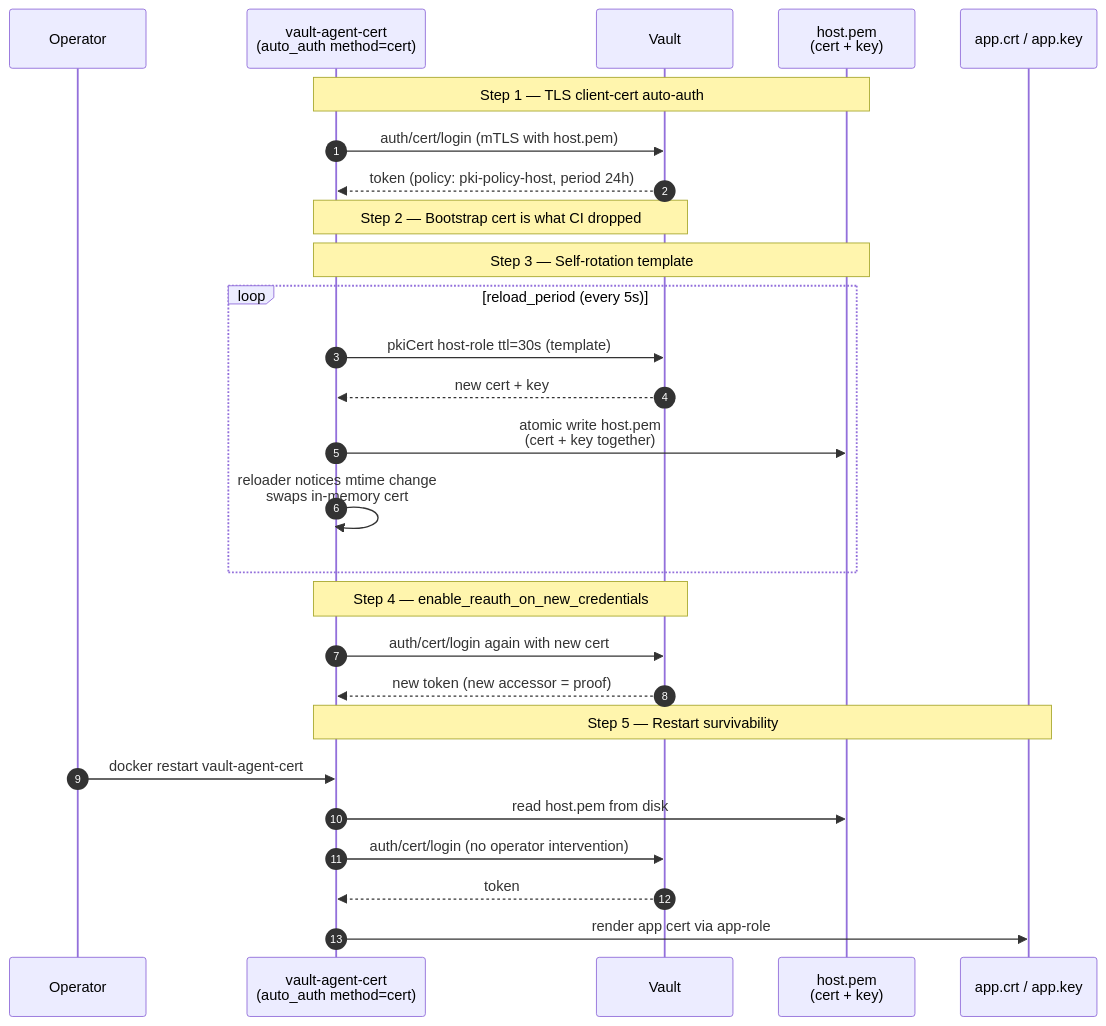
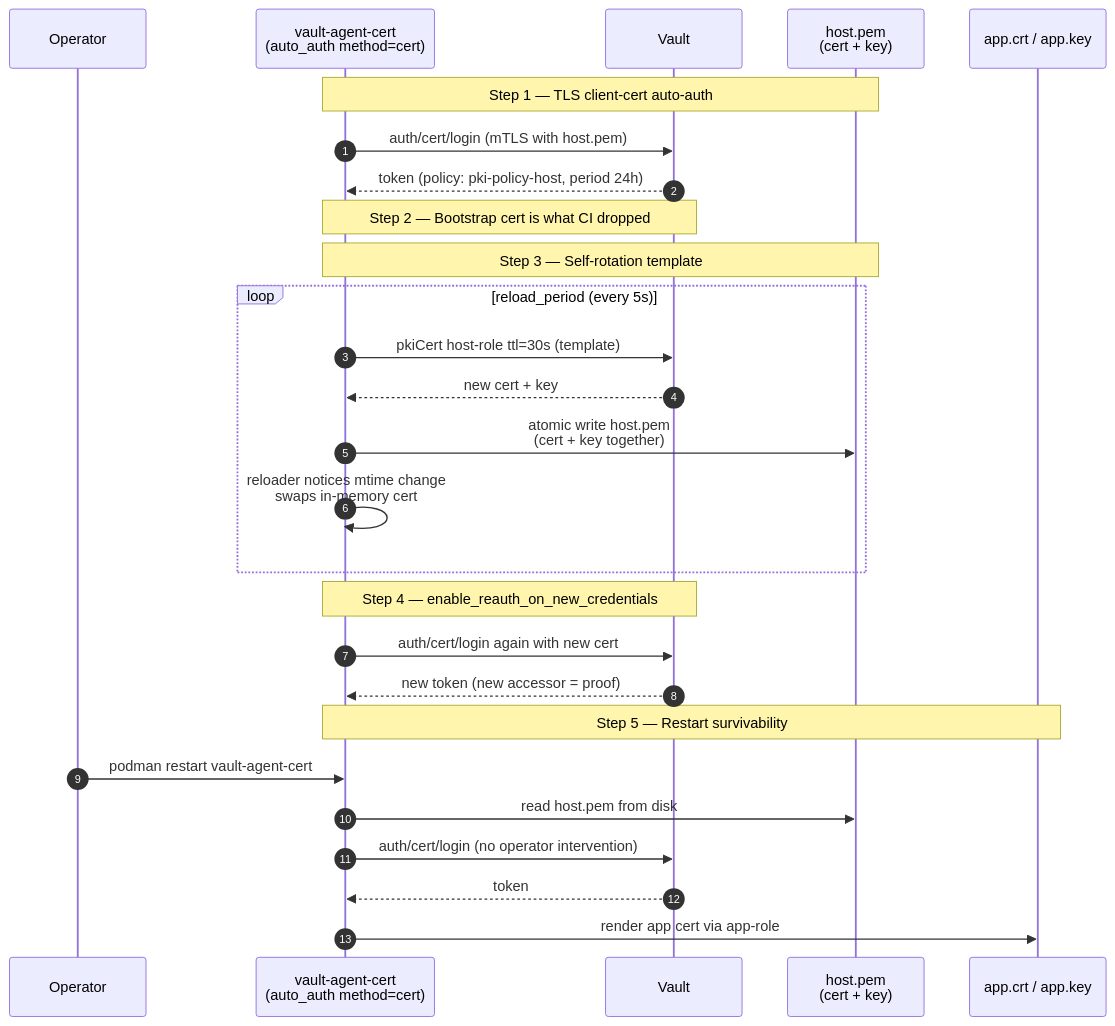
Before and after one commit to songlining/pki: the fourth of 6 diagrams in docs/demos.md, drawn with Mermaid. The commit also changed other lines of this file and 20 other files, not shown here.

First line of the commit message:
Migrate demo from Docker Desktop to Podman (Podman Desktop)

````diff
--- a/docs/demos.md
+++ b/docs/demos.md
@@ -138,34 +138,34 @@
 ```mermaid
 sequenceDiagram
     autonumber
     participant Op as Operator
     participant Agent as vault-agent-cert<br/>(auto_auth method=cert)
     participant Vault
     participant Bundle as host.pem<br/>(cert + key)
     participant App as app.crt / app.key
 
     Note over Agent,Bundle: Step 1 — TLS client-cert auto-auth
     Agent->>Vault: auth/cert/login (mTLS with host.pem)
     Vault-->>Agent: token (policy: pki-policy-host, period 24h)
 
     Note over Agent,Vault: Step 2 — Bootstrap cert is what CI dropped
 
     Note over Agent,Bundle: Step 3 — Self-rotation template
     loop reload_period (every 5s)
         Agent->>Vault: pkiCert host-role ttl=30s (template)
         Vault-->>Agent: new cert + key
         Agent->>Bundle: atomic write host.pem<br/>(cert + key together)
         Agent->>Agent: reloader notices mtime change<br/>swaps in-memory cert
     end
 
     Note over Agent,Vault: Step 4 — enable_reauth_on_new_credentials
     Agent->>Vault: auth/cert/login again with new cert
     Vault-->>Agent: new token (new accessor = proof)
 
     Note over Agent,App: Step 5 — Restart survivability
-    Op->>Agent: docker restart vault-agent-cert
+    Op->>Agent: podman restart vault-agent-cert
     Agent->>Bundle: read host.pem from disk
     Agent->>Vault: auth/cert/login (no operator intervention)
     Vault-->>Agent: token
     Agent->>App: render app cert via app-role
 ```
````
